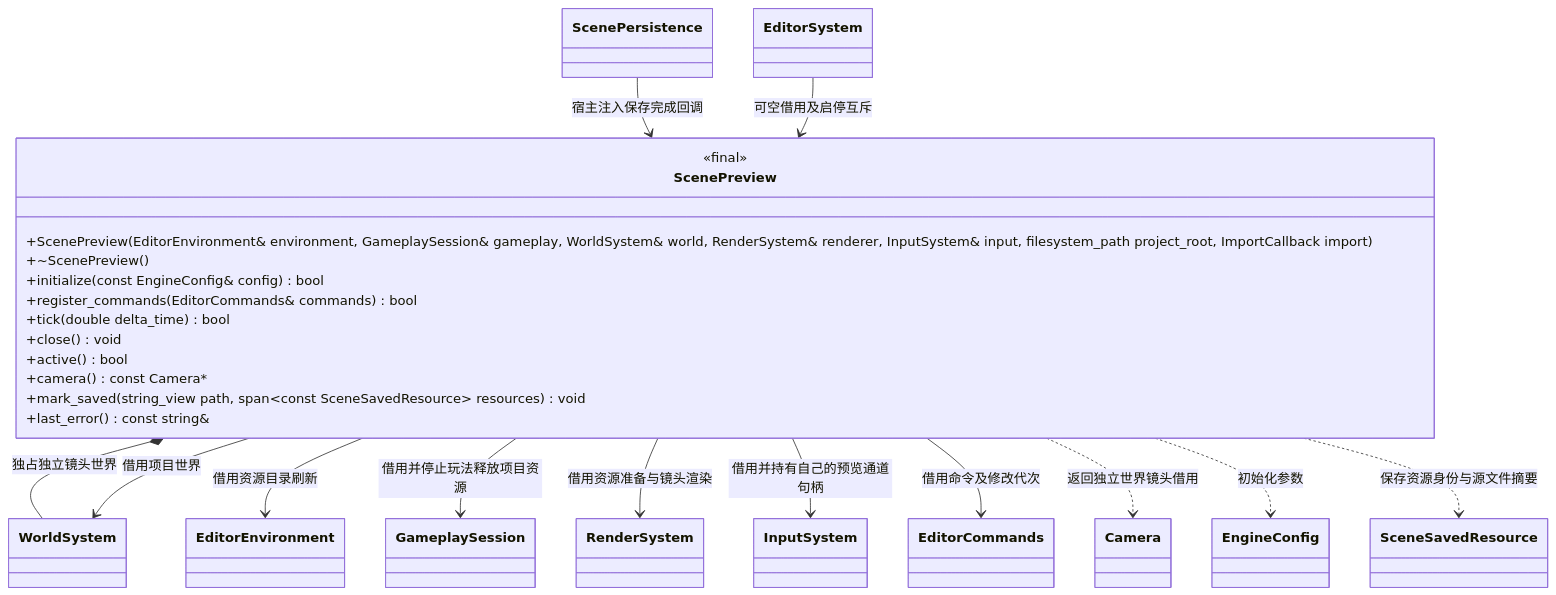
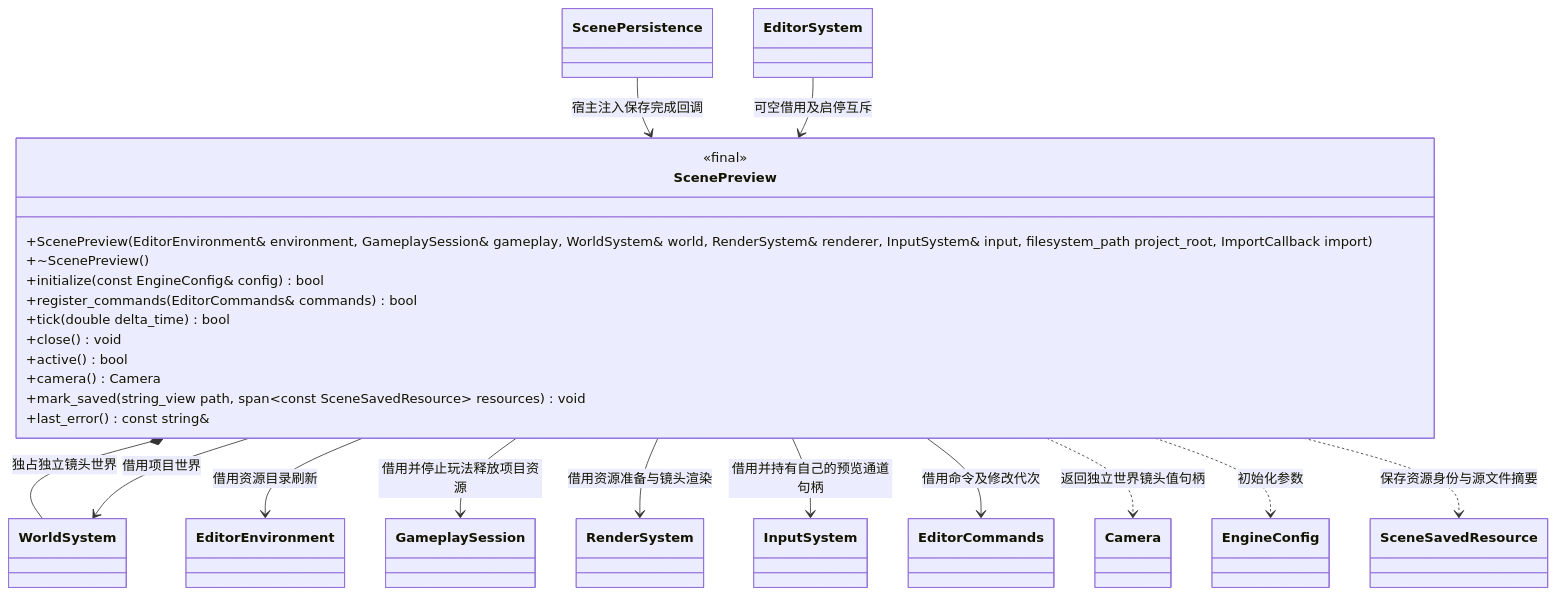
The diagram in docs/editor/class-diagrams/scene-preview.md (lcals/Engine), drawn with Mermaid before and after one commit. The commit also changed other lines of this file and 291 other files, not shown here.

````diff
--- a/docs/editor/class-diagrams/scene-preview.md
+++ b/docs/editor/class-diagrams/scene-preview.md
@@ -7,39 +7,39 @@
 ```mermaid
 classDiagram
     class ScenePreview {
         <<final>>
         +ScenePreview(EditorEnvironment& environment, GameplaySession& gameplay, WorldSystem& world, RenderSystem& renderer, InputSystem& input, filesystem_path project_root, ImportCallback import)
         +~ScenePreview()
         +initialize(const EngineConfig& config) bool
         +register_commands(EditorCommands& commands) bool
         +tick(double delta_time) bool
         +close() void
         +active() bool
-        +camera() const Camera#42;
+        +camera() Camera
         +mark_saved(string_view path, span~const SceneSavedResource~ resources) void
         +last_error() const string&
     }
     class WorldSystem
     class EditorEnvironment
     class GameplaySession
     class RenderSystem
     class InputSystem
     class EditorCommands
     class Camera
     class EngineConfig
     class ScenePersistence
     class SceneSavedResource
     class EditorSystem
     ScenePreview *-- WorldSystem : 独占独立镜头世界
     ScenePreview --> WorldSystem : 借用项目世界
     ScenePreview --> EditorEnvironment : 借用资源目录刷新
     ScenePreview --> GameplaySession : 借用并停止玩法释放项目资源
     ScenePreview --> RenderSystem : 借用资源准备与镜头渲染
     ScenePreview --> InputSystem : 借用并持有自己的预览通道句柄
     ScenePreview --> EditorCommands : 借用命令及修改代次
-    ScenePreview ..> Camera : 返回独立世界镜头借用
+    ScenePreview ..> Camera : 返回独立世界镜头值句柄
     ScenePreview ..> EngineConfig : 初始化参数
     ScenePersistence --> ScenePreview : 宿主注入保存完成回调
     ScenePreview ..> SceneSavedResource : 保存资源身份与源文件摘要
     EditorSystem --> ScenePreview : 可空借用及启停互斥
 ```
````
